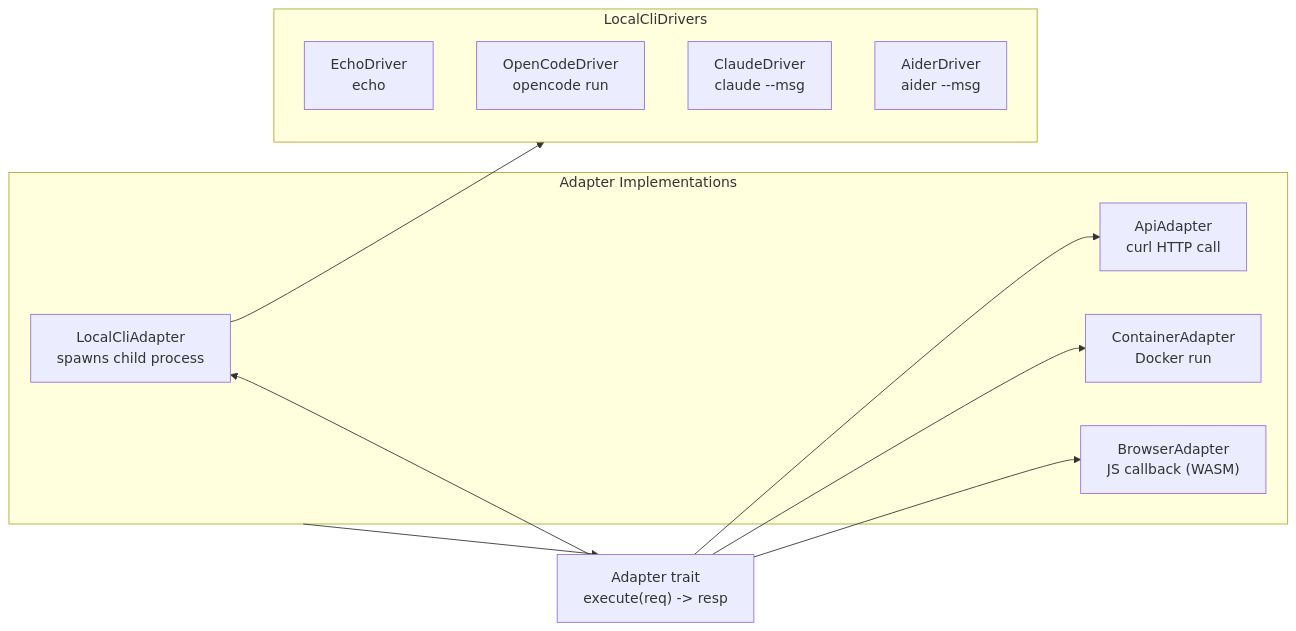
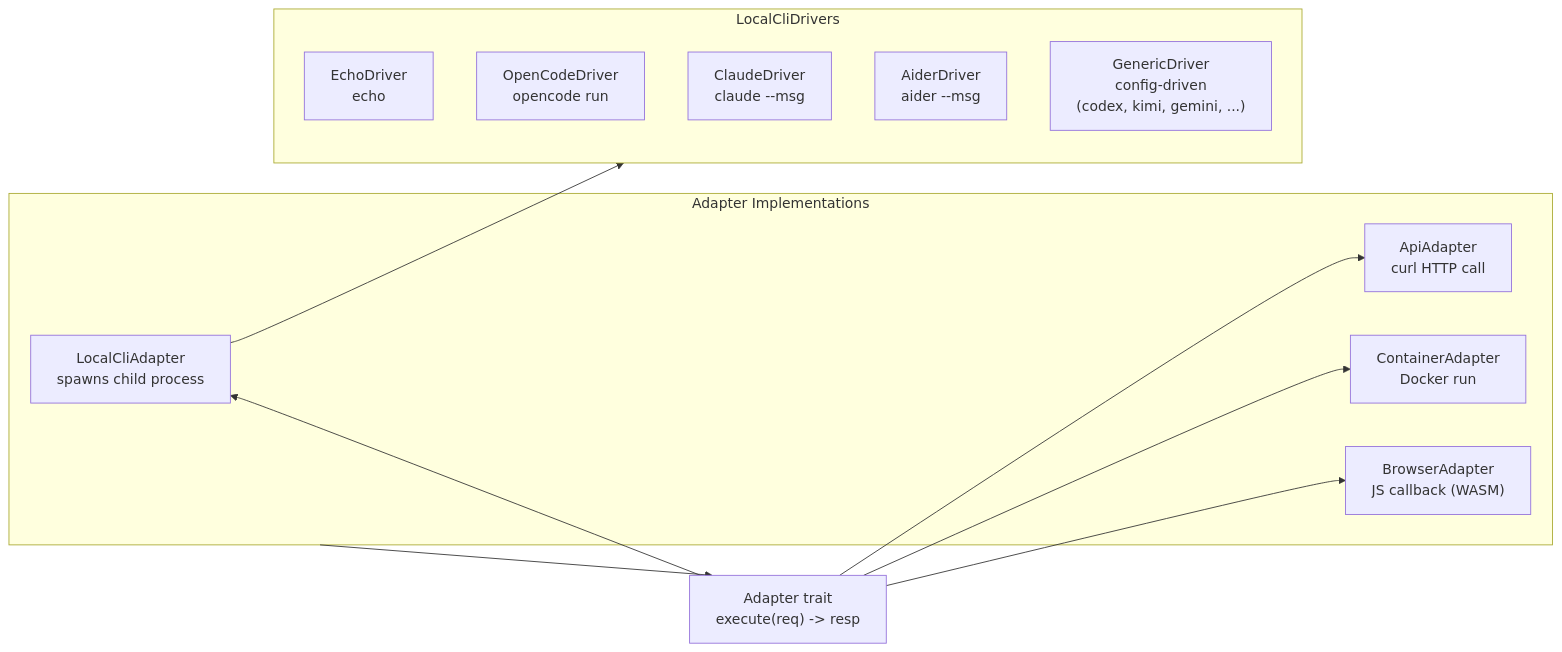
The fifth of 8 diagrams in ash/docs/architecture.md (kenny1125nz/ash-lang), drawn with Mermaid before and after one commit. The commit also changed other lines of this file and 19 other files, not shown here.

````diff
--- a/ash/docs/architecture.md
+++ b/ash/docs/architecture.md
@@ -299,23 +299,24 @@
 ```mermaid
 flowchart LR
     subgraph Adapters["Adapter Implementations"]
         local["LocalCliAdapter<br/>spawns child process"]
         api["ApiAdapter<br/>curl HTTP call"]
         container["ContainerAdapter<br/>Docker run"]
         browser["BrowserAdapter<br/>JS callback (WASM)"]
     end
 
     subgraph Drivers["LocalCliDrivers"]
         echo["EchoDriver<br/>echo"]
         oc["OpenCodeDriver<br/>opencode run"]
         cc["ClaudeDriver<br/>claude --msg"]
         aider["AiderDriver<br/>aider --msg"]
+        generic["GenericDriver<br/>config-driven<br/>(codex, kimi, gemini, ...)"]
     end
 
     Adapters --> trait["Adapter trait<br/>execute(req) -> resp"]
     local --> Drivers
     trait --> local
     trait --> api
     trait --> container
     trait --> browser
 ```
````
